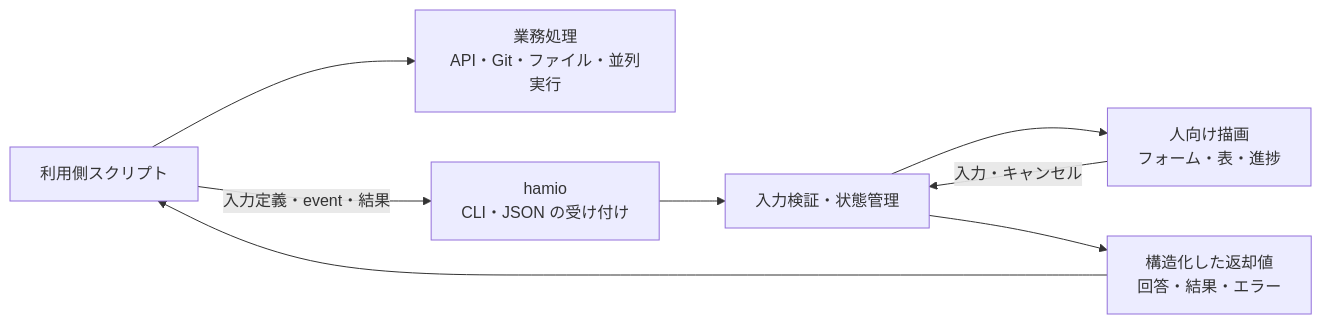
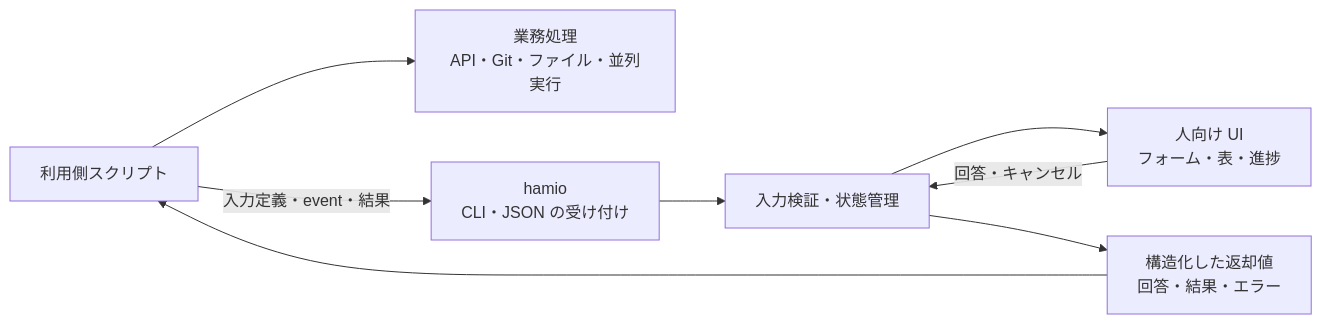
Before and after one commit to 9uiLe/hamio: the diagram in docs/design.md, drawn with Mermaid. The commit also changed other lines of this file and 29 other files, not shown here.

````diff
--- a/docs/design.md
+++ b/docs/design.md
@@ -49,16 +46,16 @@
 ```mermaid
 flowchart LR
     U["利用側スクリプト"]
     B["業務処理<br/>API・Git・ファイル・並列実行"]
     C["hamio<br/>CLI・JSON の受け付け"]
     M["入力検証・状態管理"]
-    H["人向け描画<br/>フォーム・表・進捗"]
+    H["人向け UI<br/>フォーム・表・進捗"]
     R["構造化した返却値<br/>回答・結果・エラー"]
     U --> B
     U -->|入力定義・event・結果| C
     C --> M
     M --> H
-    H -->|入力・キャンセル| M
+    H -->|回答・キャンセル| M
     M --> R
     R --> U
 ```
````
